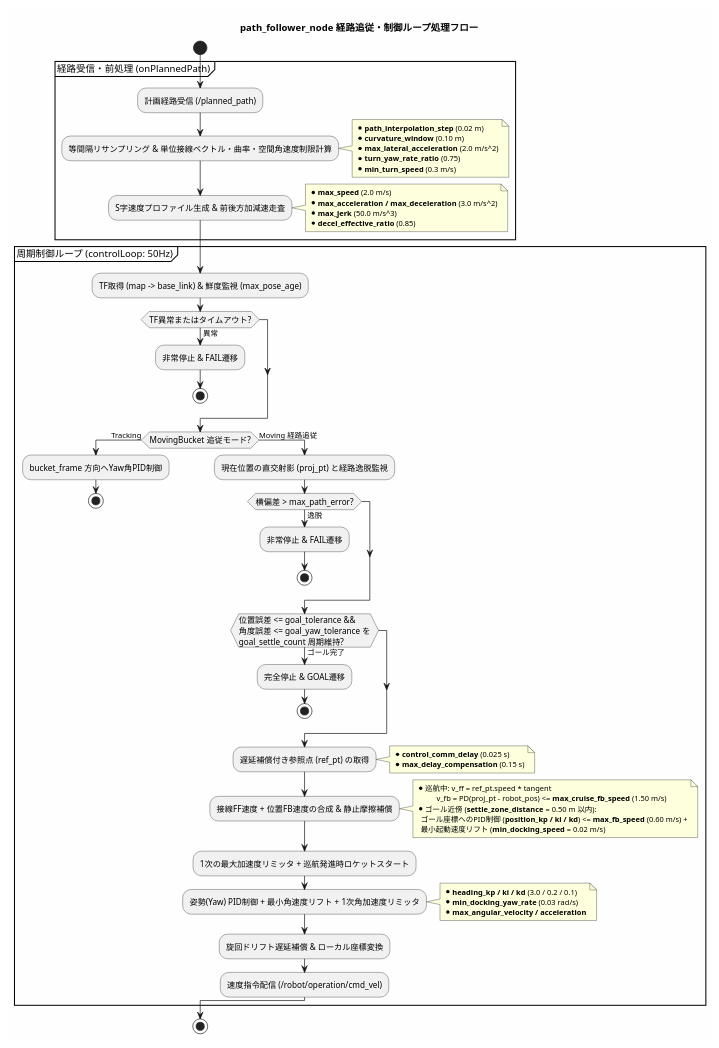
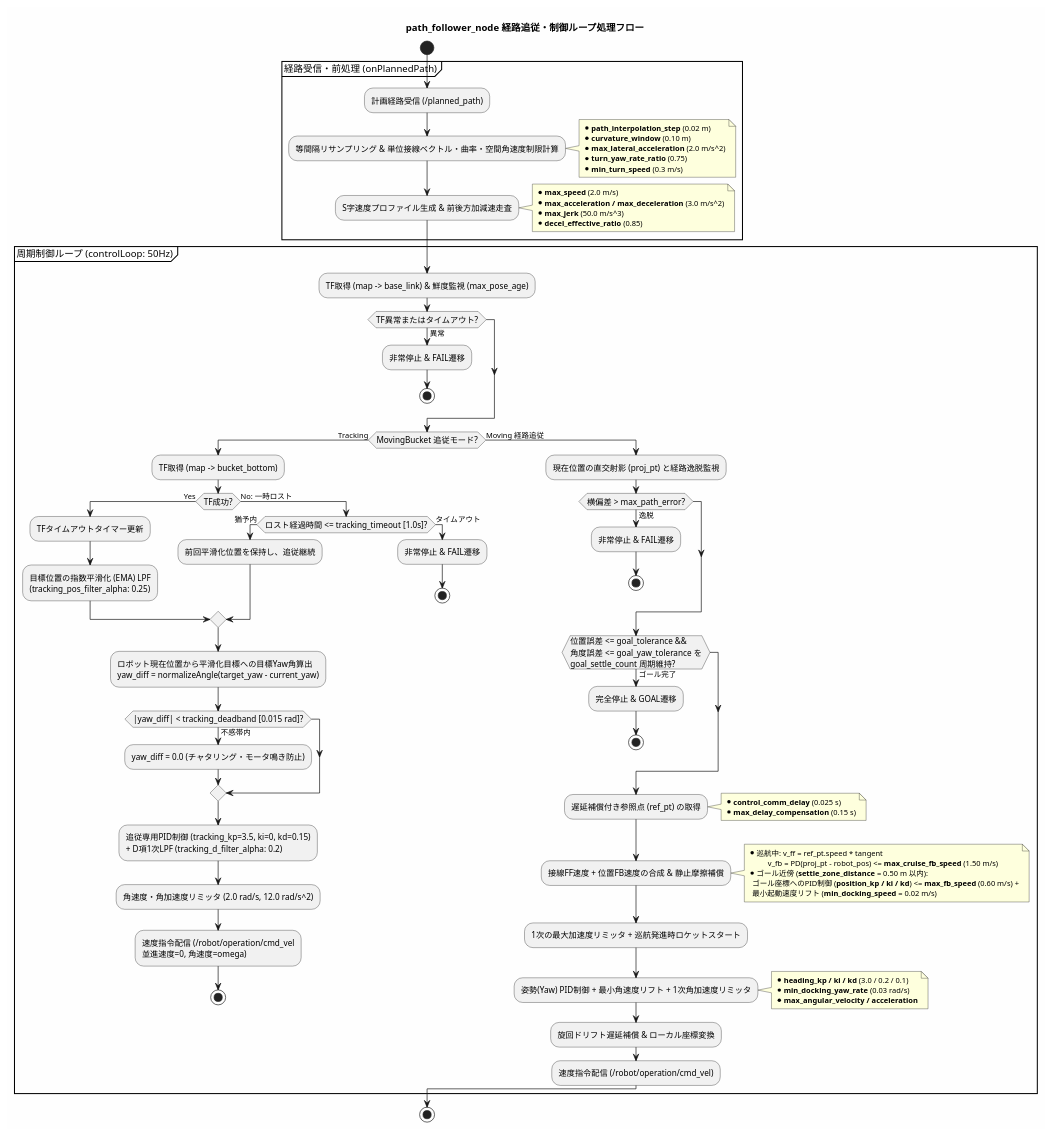
The diagram in docs/path_follower_flow.pu (tmcit-ararobo-2026a/gn10-navigation), drawn with PlantUML before and after one commit. The commit also changed 14 other files, not shown here.

```diff
--- a/docs/path_follower_flow.pu
+++ b/docs/path_follower_flow.pu
@@ -1,83 +1,104 @@
 @startuml path_follower_flow
 skinparam backgroundColor #FEFEFE
 skinparam activityFontSize 12
 skinparam noteFontSize 11
 
 title path_follower_node 経路追従・制御ループ処理フロー
 
 start
 
 partition "経路受信・前処理 (onPlannedPath)" {
     :計画経路受信 (/planned_path);
     :等間隔リサンプリング & 単位接線ベクトル・曲率・空間角速度制限計算;
     note right
       * <b>path_interpolation_step</b> (0.02 m)
       * <b>curvature_window</b> (0.10 m)
       * <b>max_lateral_acceleration</b> (2.0 m/s^2)
       * <b>turn_yaw_rate_ratio</b> (0.75)
       * <b>min_turn_speed</b> (0.3 m/s)
     end note
 
     :S字速度プロファイル生成 & 前後方加減速走査;
     note right
       * <b>max_speed</b> (2.0 m/s)
       * <b>max_acceleration / max_deceleration</b> (3.0 m/s^2)
       * <b>max_jerk</b> (50.0 m/s^3)
       * <b>decel_effective_ratio</b> (0.85)
     end note
 }
 
 partition "周期制御ループ (controlLoop: 50Hz)" {
     :TF取得 (map -> base_link) & 鮮度監視 (max_pose_age);
     if (TF異常またはタイムアウト?) then (異常)
         :非常停止 & FAIL遷移;
         stop
     endif
 
     if (MovingBucket 追従モード?) then (Tracking)
-        :bucket_frame 方向へYaw角PID制御;
+        :TF取得 (map -> bucket_bottom);
+        if (TF成功?) then (Yes)
+            :TFタイムアウトタイマー更新;
+            :目標位置の指数平滑化 (EMA) LPF\n(tracking_pos_filter_alpha: 0.25);
+        else (No: 一時ロスト)
+            if (ロスト経過時間 <= tracking_timeout [1.0s]?) then (猶予内)
+                :前回平滑化位置を保持し、追従継続;
+            else (タイムアウト)
+                :非常停止 & FAIL遷移;
+                stop
+            endif
+        endif
+
+        :ロボット現在位置から平滑化目標への目標Yaw角算出\nyaw_diff = normalizeAngle(target_yaw - current_yaw);
+
+        if (|yaw_diff| < tracking_deadband [0.015 rad]?) then (不感帯内)
+            :yaw_diff = 0.0 (チャタリング・モータ鳴き防止);
+        endif
+
+        :追従専用PID制御 (tracking_kp=3.5, ki=0, kd=0.15)\n+ D項1次LPF (tracking_d_filter_alpha: 0.2);
+        :角速度・角加速度リミッタ (2.0 rad/s, 12.0 rad/s^2);
+        :速度指令配信 (/robot/operation/cmd_vel\n並進速度=0, 角速度=omega);
         stop
     else (Moving 経路追従)
         :現在位置の直交射影 (proj_pt) と経路逸脱監視;
         if (横偏差 > max_path_error?) then (逸脱)
             :非常停止 & FAIL遷移;
             stop
         endif
 
         if (位置誤差 <= goal_tolerance &&\n角度誤差 <= goal_yaw_tolerance を\ngoal_settle_count 周期維持?) then (ゴール完了)
             :完全停止 & GOAL遷移;
             stop
         endif
 
         :遅延補償付き参照点 (ref_pt) の取得;
         note right
           * <b>control_comm_delay</b> (0.025 s)
           * <b>max_delay_compensation</b> (0.15 s)
         end note
 
         :接線FF速度 + 位置FB速度の合成 & 静止摩擦補償;
         note right
           * 巡航中: v_ff = ref_pt.speed * tangent
                     v_fb = PD(proj_pt - robot_pos) <= <b>max_cruise_fb_speed</b> (1.50 m/s)
           * ゴール近傍 (<b>settle_zone_distance</b> = 0.50 m 以内):
             ゴール座標へのPID制御 (<b>position_kp / ki / kd</b>) <= <b>max_fb_speed</b> (0.60 m/s) +
             最小起動速度リフト (<b>min_docking_speed</b> = 0.02 m/s)
         end note
 
         :1次の最大加速度リミッタ + 巡航発進時ロケットスタート;
 
         :姿勢(Yaw) PID制御 + 最小角速度リフト + 1次角加速度リミッタ;
         note right
           * <b>heading_kp / ki / kd</b> (3.0 / 0.2 / 0.1)
           * <b>min_docking_yaw_rate</b> (0.03 rad/s)
           * <b>max_angular_velocity / acceleration</b>
         end note
 
         :旋回ドリフト遅延補償 & ローカル座標変換;
         :速度指令配信 (/robot/operation/cmd_vel);
     endif
 }
 
 stop
 
 @enduml
```
